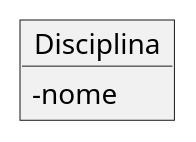
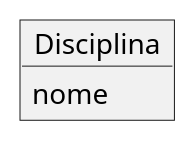
The diagram in Imagens/modelos-01/imagem-01/imagem01.plantuml (kyriosdata/oo), drawn with PlantUML before and after one commit. The commit also changed 8 other files, not shown here.

```diff
--- a/Imagens/modelos-01/imagem-01/imagem01.plantuml
+++ b/Imagens/modelos-01/imagem-01/imagem01.plantuml
@@ -1,6 +1,5 @@
 @startuml mod01ima01
 skinparam classAttributeIconSize 0
-object Disciplina{
-- nome
-}
+object Disciplina
+Disciplina : nome
 @enduml
```
